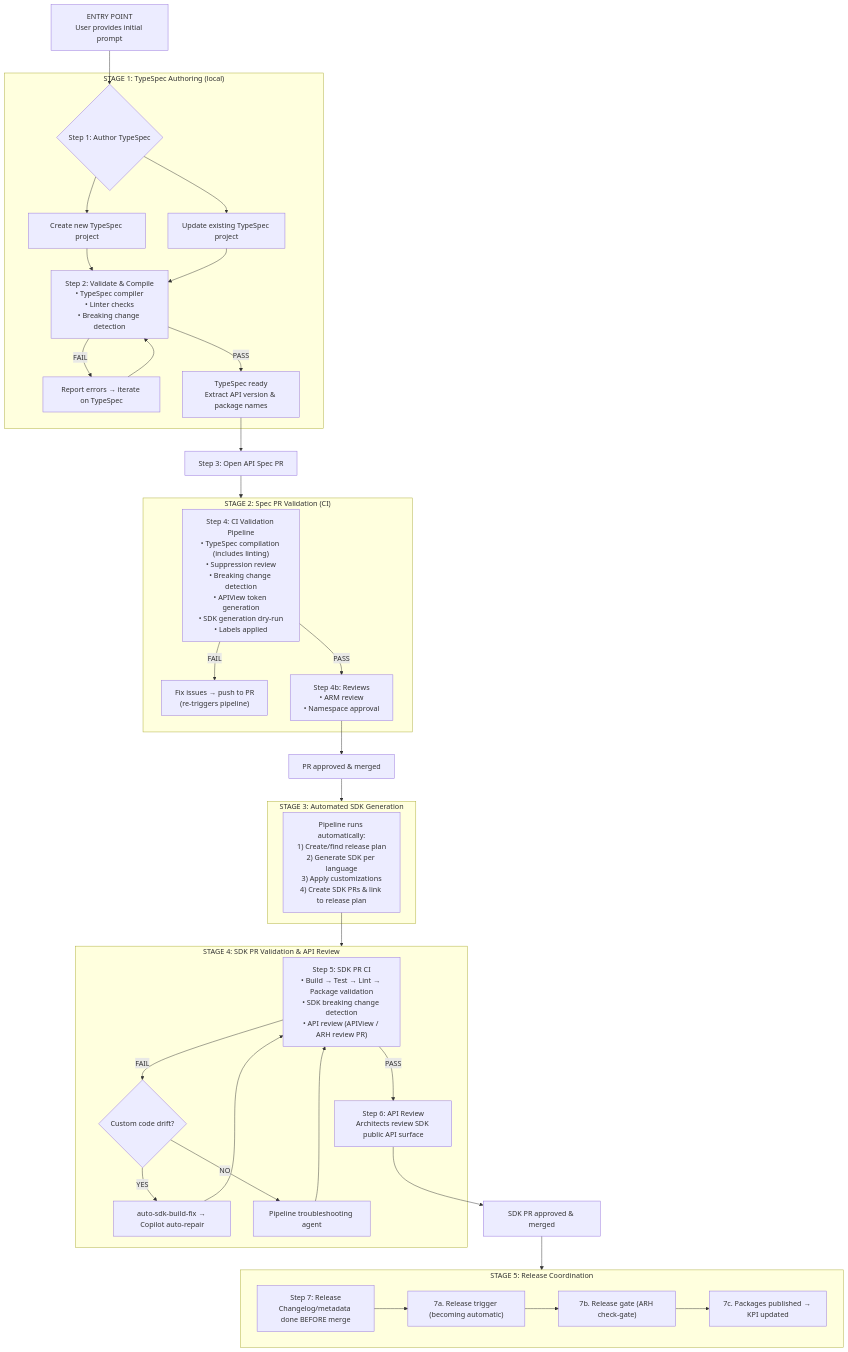
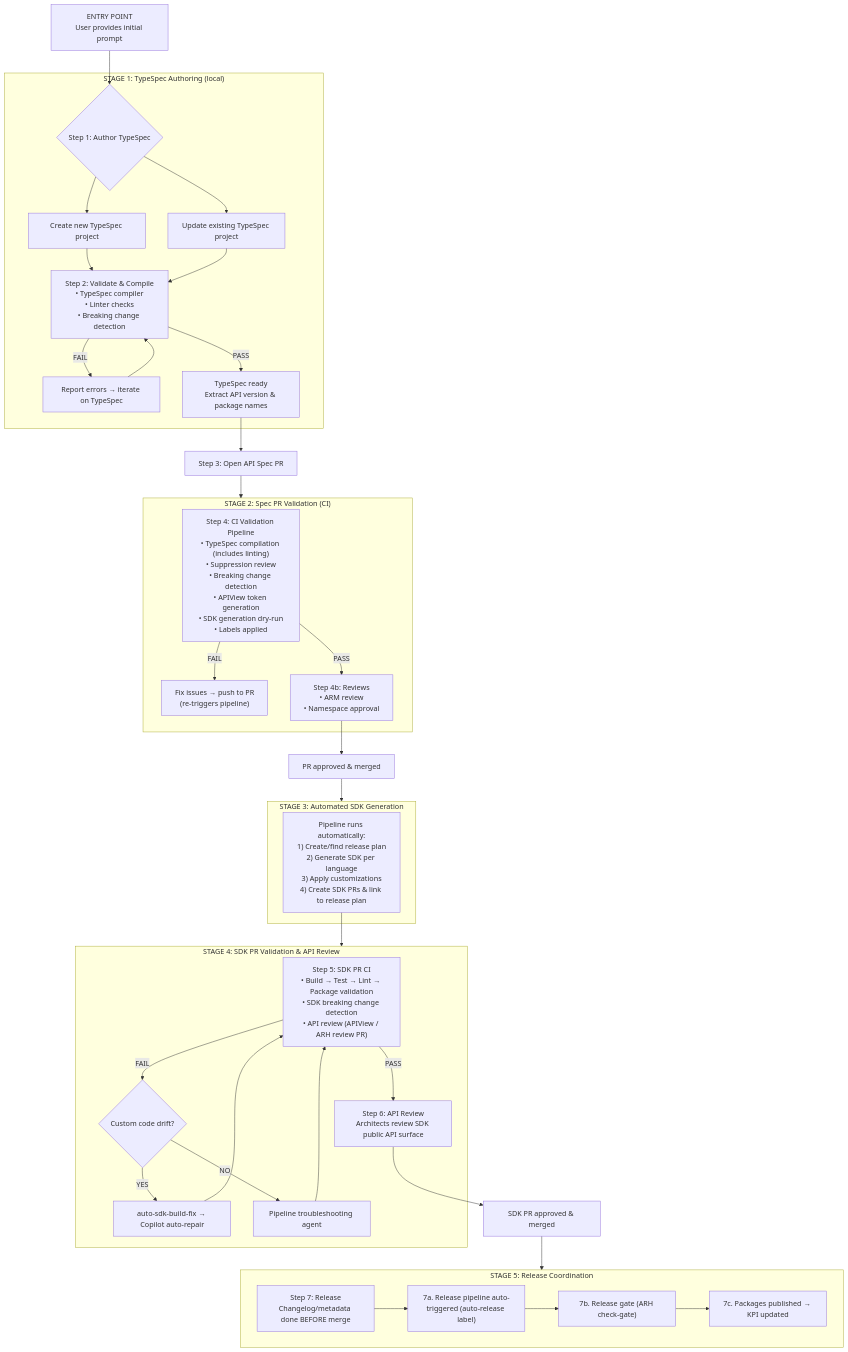
One commit to Azure/azure-sdk-tools changed the second of 2 diagrams in tools/azsdk-cli/docs/specs/typespec-to-sdk-release-workflow.spec.md. Above: the diagram before and after it, drawn with Mermaid. The commit also changed other lines of this file, not shown here.

Commit message:
Address Praveen + Catalina feedback: auto-release done, SDK PR scoping, docs step, gap updates

````diff
--- a/tools/azsdk-cli/docs/specs/typespec-to-sdk-release-workflow.spec.md
+++ b/tools/azsdk-cli/docs/specs/typespec-to-sdk-release-workflow.spec.md
@@ -707,56 +710,56 @@
 ```mermaid
 flowchart TD
     %% Stage 1: TypeSpec Authoring
     entry["ENTRY POINT<br/>User provides initial prompt"]
     entry --> step1
 
     subgraph S1["STAGE 1: TypeSpec Authoring (local)"]
         step1{"Step 1: Author TypeSpec"}
         step1 --> newProj["Create new TypeSpec project"]
         step1 --> updateProj["Update existing TypeSpec project"]
         newProj --> step2
         updateProj --> step2
         step2["Step 2: Validate & Compile<br/>• TypeSpec compiler<br/>• Linter checks<br/>• Breaking change detection"]
         step2 -->|FAIL| fixLoop["Report errors → iterate on TypeSpec"]
         fixLoop --> step2
         step2 -->|PASS| ready["TypeSpec ready<br/>Extract API version & package names"]
     end
 
     ready --> step3["Step 3: Open API Spec PR"]
     step3 --> S2
 
     subgraph S2["STAGE 2: Spec PR Validation (CI)"]
         step4["Step 4: CI Validation Pipeline<br/>• TypeSpec compilation (includes linting)<br/>• Suppression review<br/>• Breaking change detection<br/>• APIView token generation<br/>• SDK generation dry-run<br/>• Labels applied"]
         step4 -->|FAIL| fixPR["Fix issues → push to PR<br/>(re-triggers pipeline)"]
         step4 -->|PASS| reviews["Step 4b: Reviews<br/>• ARM review<br/>• Namespace approval"]
     end
 
     reviews --> merged["PR approved & merged"]
     merged --> S3
 
     subgraph S3["STAGE 3: Automated SDK Generation"]
         genPipeline["Pipeline runs automatically:<br/>1) Create/find release plan<br/>2) Generate SDK per language<br/>3) Apply customizations<br/>4) Create SDK PRs & link to release plan"]
     end
 
     genPipeline --> S4
 
     subgraph S4["STAGE 4: SDK PR Validation & API Review"]
         step5["Step 5: SDK PR CI<br/>• Build → Test → Lint → Package validation<br/>• SDK breaking change detection<br/>• API review (APIView / ARH review PR)"]
         step5 -->|FAIL| repair{"Custom code drift?"}
         repair -->|YES| autoRepair["auto-sdk-build-fix → Copilot auto-repair"]
         repair -->|NO| troubleshoot["Pipeline troubleshooting agent"]
         step5 -->|PASS| step6["Step 6: API Review<br/>Architects review SDK public API surface"]
         autoRepair --> step5
         troubleshoot --> step5
     end
 
     step6 --> sdkMerged["SDK PR approved & merged"]
     sdkMerged --> S5
 
     subgraph S5["STAGE 5: Release Coordination"]
         step7["Step 7: Release<br/>Changelog/metadata done BEFORE merge"]
-        step7 --> trigger["7a. Release trigger (becoming automatic)"]
+        step7 --> trigger["7a. Release pipeline auto-triggered (auto-release label)"]
         trigger --> gate["7b. Release gate (ARH check-gate)"]
         gate --> publish["7c. Packages published → KPI updated"]
     end
 ```
````
